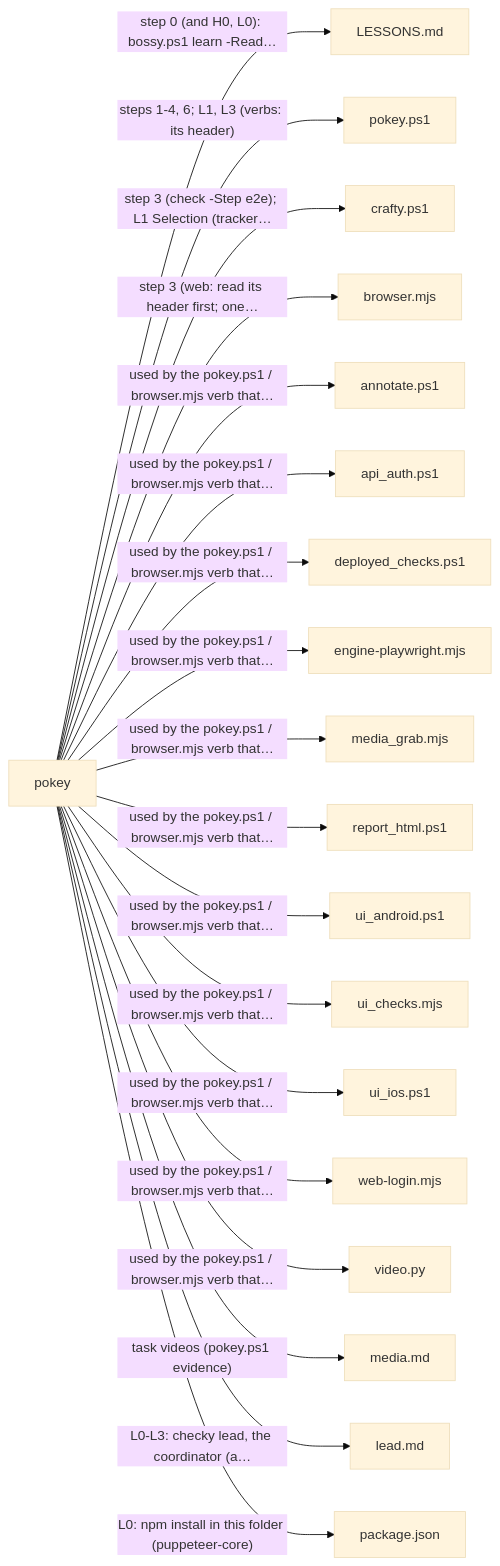
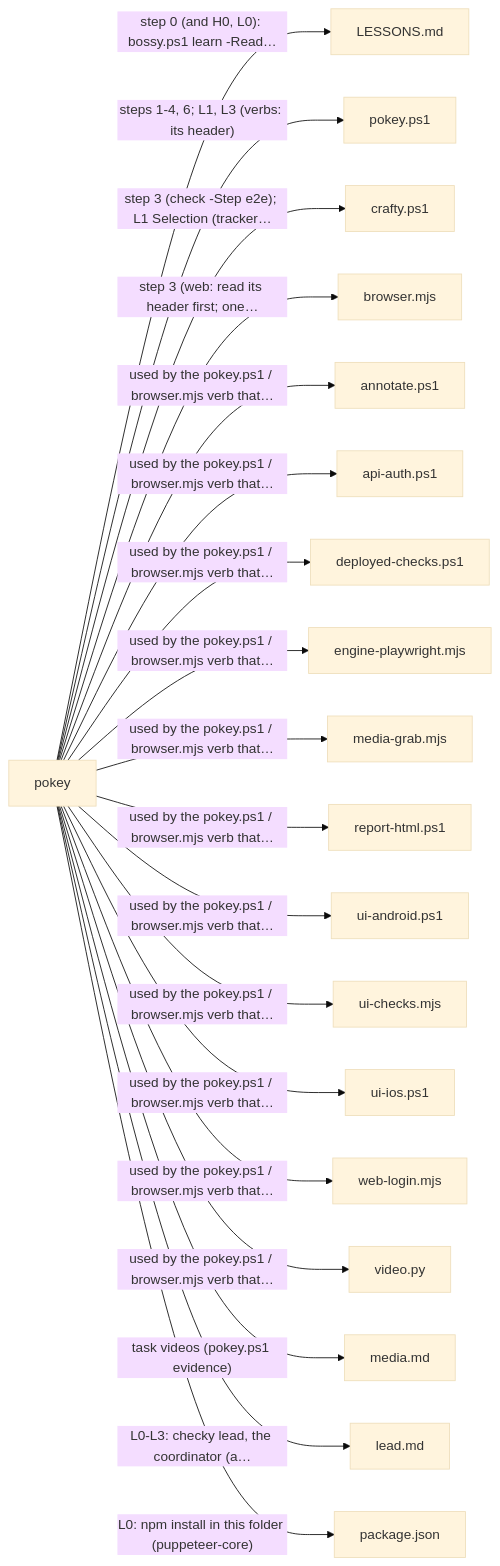
Before and after one commit to prskid1000/claude-crew: the sixth of 8 diagrams in README.md, drawn with Mermaid (base theme). The commit also changed other lines of this file and 110 other files, not shown here.

````diff
--- a/README.md
+++ b/README.md
@@ -558,22 +558,22 @@
 ```mermaid
 flowchart LR
   skills_pokey_SKILL_md["pokey"]
   skills_pokey_SKILL_md -->|"step 0 (and H0, L0): bossy.ps1 learn -Read…"| LESSONS_md["LESSONS.md"]
   skills_pokey_SKILL_md -->|"steps 1-4, 6; L1, L3 (verbs: its header)"| skills_pokey_pokey_ps1["pokey.ps1"]
   skills_pokey_SKILL_md -->|"step 3 (check -Step e2e); L1 Selection (tracker…"| skills_crafty_crafty_ps1["crafty.ps1"]
   skills_pokey_SKILL_md -->|"step 3 (web: read its header first; one…"| skills_pokey_browser_mjs["browser.mjs"]
   skills_pokey_SKILL_md -->|"used by the pokey.ps1 / browser.mjs verb that…"| skills_pokey_adapters_annotate_ps1["annotate.ps1"]
-  skills_pokey_SKILL_md -->|"used by the pokey.ps1 / browser.mjs verb that…"| skills_pokey_adapters_api_auth_ps1["api_auth.ps1"]
-  skills_pokey_SKILL_md -->|"used by the pokey.ps1 / browser.mjs verb that…"| skills_pokey_adapters_deployed_checks_ps1["deployed_checks.ps1"]
+  skills_pokey_SKILL_md -->|"used by the pokey.ps1 / browser.mjs verb that…"| skills_pokey_adapters_api_auth_ps1["api-auth.ps1"]
+  skills_pokey_SKILL_md -->|"used by the pokey.ps1 / browser.mjs verb that…"| skills_pokey_adapters_deployed_checks_ps1["deployed-checks.ps1"]
   skills_pokey_SKILL_md -->|"used by the pokey.ps1 / browser.mjs verb that…"| skills_pokey_adapters_engine_playwright_mjs["engine-playwright.mjs"]
-  skills_pokey_SKILL_md -->|"used by the pokey.ps1 / browser.mjs verb that…"| skills_pokey_adapters_media_grab_mjs["media_grab.mjs"]
-  skills_pokey_SKILL_md -->|"used by the pokey.ps1 / browser.mjs verb that…"| skills_pokey_adapters_report_html_ps1["report_html.ps1"]
-  skills_pokey_SKILL_md -->|"used by the pokey.ps1 / browser.mjs verb that…"| skills_pokey_adapters_ui_android_ps1["ui_android.ps1"]
-  skills_pokey_SKILL_md -->|"used by the pokey.ps1 / browser.mjs verb that…"| skills_pokey_adapters_ui_checks_mjs["ui_checks.mjs"]
-  skills_pokey_SKILL_md -->|"used by the pokey.ps1 / browser.mjs verb that…"| skills_pokey_adapters_ui_ios_ps1["ui_ios.ps1"]
+  skills_pokey_SKILL_md -->|"used by the pokey.ps1 / browser.mjs verb that…"| skills_pokey_adapters_media_grab_mjs["media-grab.mjs"]
+  skills_pokey_SKILL_md -->|"used by the pokey.ps1 / browser.mjs verb that…"| skills_pokey_adapters_report_html_ps1["report-html.ps1"]
+  skills_pokey_SKILL_md -->|"used by the pokey.ps1 / browser.mjs verb that…"| skills_pokey_adapters_ui_android_ps1["ui-android.ps1"]
+  skills_pokey_SKILL_md -->|"used by the pokey.ps1 / browser.mjs verb that…"| skills_pokey_adapters_ui_checks_mjs["ui-checks.mjs"]
+  skills_pokey_SKILL_md -->|"used by the pokey.ps1 / browser.mjs verb that…"| skills_pokey_adapters_ui_ios_ps1["ui-ios.ps1"]
   skills_pokey_SKILL_md -->|"used by the pokey.ps1 / browser.mjs verb that…"| skills_pokey_adapters_web_login_mjs["web-login.mjs"]
   skills_pokey_SKILL_md -->|"used by the pokey.ps1 / browser.mjs verb that…"| skills_pokey_video_py["video.py"]
   skills_pokey_SKILL_md -->|"task videos (pokey.ps1 evidence)"| skills_pokey_media_md["media.md"]
   skills_pokey_SKILL_md -->|"L0-L3: checky lead, the coordinator (a…"| skills_pokey_lead_md["lead.md"]
   skills_pokey_SKILL_md -->|"L0: npm install in this folder (puppeteer-core)"| skills_pokey_package_json["package.json"]
 ```
````
